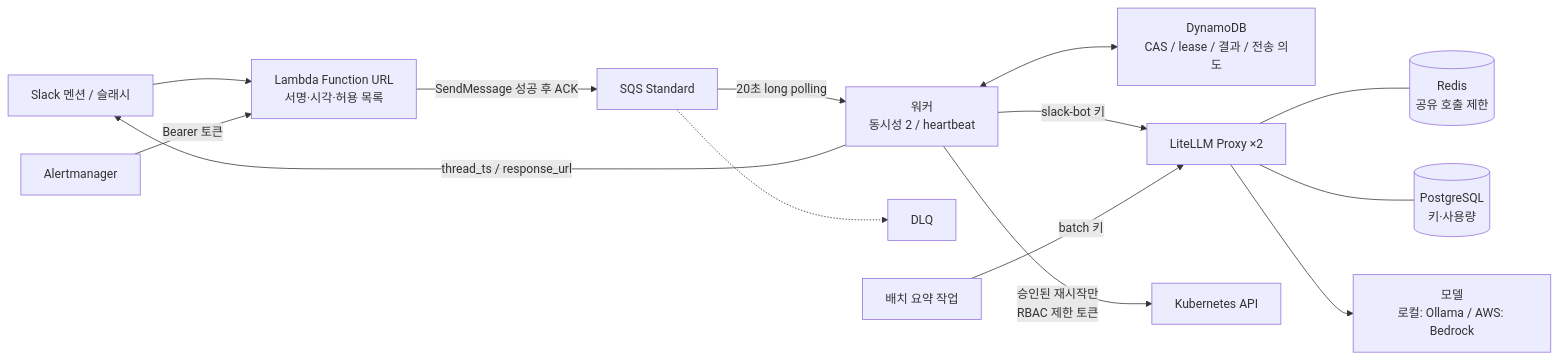
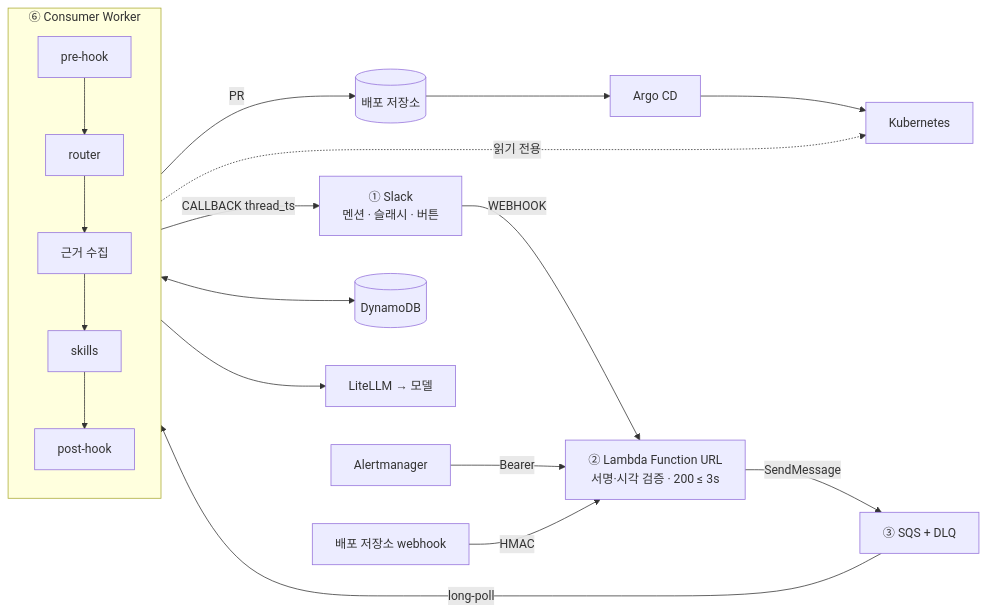
Before and after one commit to UtterAI-aws13/UtterAI_Infra: the diagram in components/slack-llm-worker/README.md, drawn with Mermaid. The commit also changed other lines of this file and 5 other files, not shown here.

First line of the commit message:
docs(slack-worker): map the implementation to the original design and document GitOps rollback

````diff
--- a/components/slack-llm-worker/README.md
+++ b/components/slack-llm-worker/README.md
@@ -9,16 +9,18 @@
 ```mermaid
 flowchart LR
-    S[Slack 멘션 / 슬래시] --> L[Lambda Function URL<br/>서명·시각·허용 목록]
-    L -->|SendMessage 성공 후 ACK| Q[SQS Standard]
-    Q -->|20초 long polling| W[워커<br/>동시성 2 / heartbeat]
-    Q -.-> D[DLQ]
-    W <--> T[DynamoDB<br/>CAS / lease / 결과 / 전송 의도]
-    W -->|slack-bot 키| G[LiteLLM Proxy ×2]
-    BJ[배치 요약 작업] -->|batch 키| G
-    G --- R[(Redis<br/>공유 호출 제한)]
-    G --- P[(PostgreSQL<br/>키·사용량)]
-    G --> M[모델<br/>로컬: Ollama / AWS: Bedrock]
-    W -->|thread_ts / response_url| S
-    AM[Alertmanager] -->|Bearer 토큰| L
-    W -->|승인된 재시작만<br/>RBAC 제한 토큰| K[Kubernetes API]
+    S["① Slack<br/>멘션 · 슬래시 · 버튼"] -->|WEBHOOK| L["② Lambda Function URL<br/>서명·시각 검증 · 200 ≤ 3s"]
+    AM[Alertmanager] -->|Bearer| L
+    G[배포 저장소 webhook] -->|HMAC| L
+    L -->|SendMessage| Q["③ SQS + DLQ"]
+    Q -->|long-poll| W
+    subgraph W["⑥ Consumer Worker"]
+        direction TB
+        H1[pre-hook] --> R[router] --> E[근거 수집] --> SK[skills] --> H2[post-hook]
+    end
+    W <--> D[(DynamoDB)]
+    SK --> LLM[LiteLLM → 모델]
+    SK -->|PR| GIT[(배포 저장소)]
+    GIT --> CD[Argo CD] --> K8S[Kubernetes]
+    E -.읽기 전용.-> K8S
+    W -->|CALLBACK thread_ts| S
 ```
````
